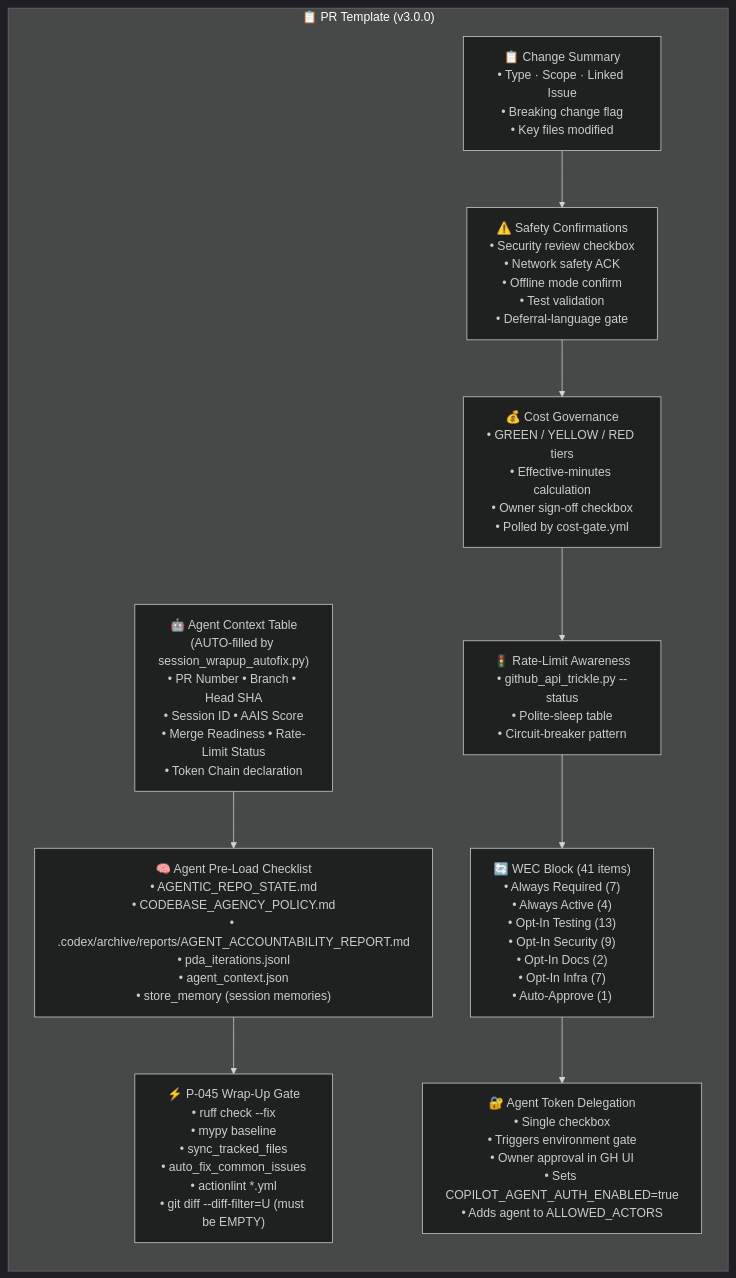
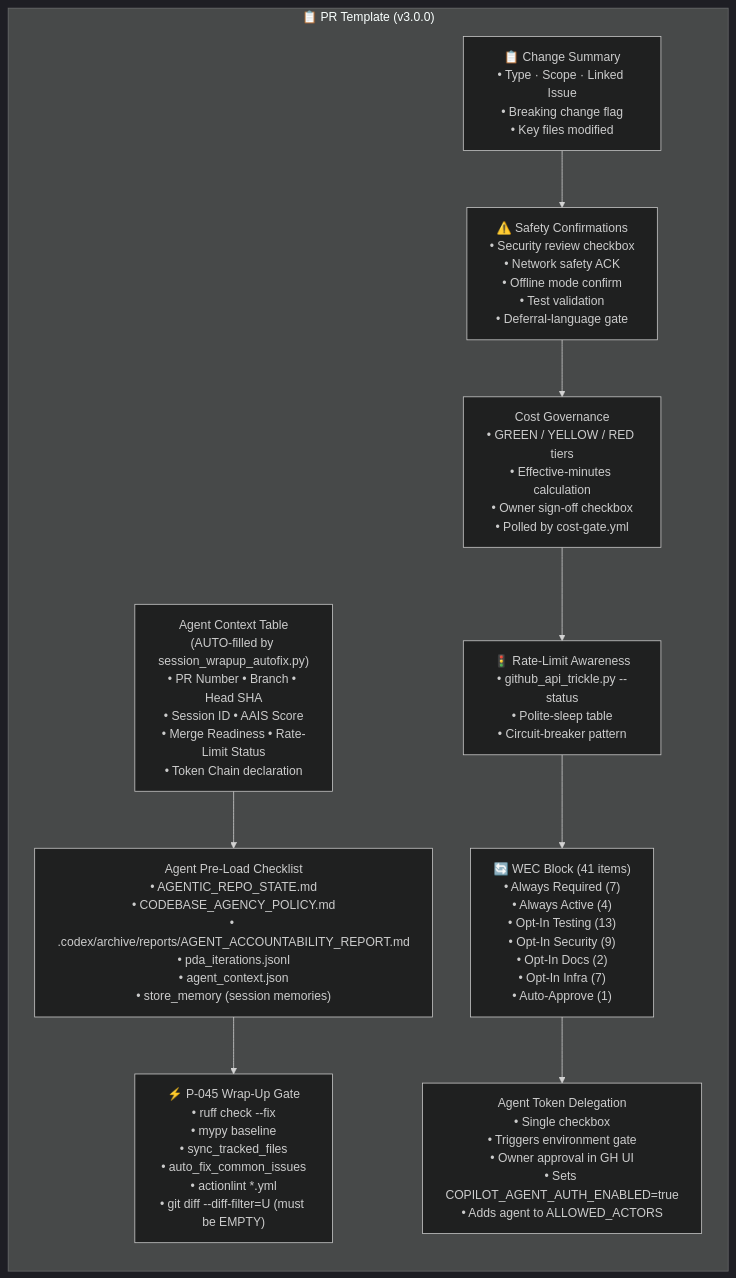
Before and after one commit to Aries-Serpent/_codex_: the third of 12 diagrams in docs/plans/AUTONOMOUS_PRIVILEGE_ARCHITECTURE.md, drawn with Mermaid (dark theme). The commit also changed other lines of this file and 2029 other files, not shown here.

````diff
--- a/docs/plans/AUTONOMOUS_PRIVILEGE_ARCHITECTURE.md
+++ b/docs/plans/AUTONOMOUS_PRIVILEGE_ARCHITECTURE.md
@@ -110,18 +112,18 @@
 ```mermaid
-%%{init: {'accessibility': {'title': 'Flowchart showing "📋 PR Template (v3.0.0)", "🤖 Agent Context Table\n(AUTO-filled by session_wrapup_autofix.py)\n• PR Number • Branch • Head SHA\n• Session ID • AAIS Score\n• Merge Readiness • Rate-Limit Status\n• Token Chain declaration"'}}%%
+%%{init: {'accessibility': {'title': 'Flowchart showing "📋 PR Template (v3.0.0)", " Agent Context Table\n(AUTO-filled by session_wrapup_autofix.py)\n• PR Number • Branch • Head SHA\n• Session ID • AAIS Score\n• Merge Readiness • Rate-Limit Status\n• Token Chain declaration"'}}%%
 graph LR
     subgraph TEMPLATE["📋 PR Template (v3.0.0)"]
-        META["🤖 Agent Context Table\n(AUTO-filled by session_wrapup_autofix.py)\n• PR Number • Branch • Head SHA\n• Session ID • AAIS Score\n• Merge Readiness • Rate-Limit Status\n• Token Chain declaration"]
-        PRE["🧠 Agent Pre-Load Checklist\n• AGENTIC_REPO_STATE.md\n• CODEBASE_AGENCY_POLICY.md\n• .codex/archive/reports/AGENT_ACCOUNTABILITY_REPORT.md\n• pda_iterations.jsonl\n• agent_context.json\n• store_memory (session memories)"]
+        META[" Agent Context Table\n(AUTO-filled by session_wrapup_autofix.py)\n• PR Number • Branch • Head SHA\n• Session ID • AAIS Score\n• Merge Readiness • Rate-Limit Status\n• Token Chain declaration"]
+        PRE[" Agent Pre-Load Checklist\n• AGENTIC_REPO_STATE.md\n• CODEBASE_AGENCY_POLICY.md\n• .codex/archive/reports/AGENT_ACCOUNTABILITY_REPORT.md\n• pda_iterations.jsonl\n• agent_context.json\n• store_memory (session memories)"]
         P045["⚡ P-045 Wrap-Up Gate\n• ruff check --fix\n• mypy baseline\n• sync_tracked_files\n• auto_fix_common_issues\n• actionlint *.yml\n• git diff --diff-filter=U (must be EMPTY)"]
         CHANGE["📋 Change Summary\n• Type · Scope · Linked Issue\n• Breaking change flag\n• Key files modified"]
         SAFETY["⚠️ Safety Confirmations\n• Security review checkbox\n• Network safety ACK\n• Offline mode confirm\n• Test validation\n• Deferral-language gate"]
-        COST["💰 Cost Governance\n• GREEN / YELLOW / RED tiers\n• Effective-minutes calculation\n• Owner sign-off checkbox\n• Polled by cost-gate.yml"]
+        COST[" Cost Governance\n• GREEN / YELLOW / RED tiers\n• Effective-minutes calculation\n• Owner sign-off checkbox\n• Polled by cost-gate.yml"]
         RATELIMIT["🚦 Rate-Limit Awareness\n• github_api_trickle.py --status\n• Polite-sleep table\n• Circuit-breaker pattern"]
         WEC_BLOCK["🔄 WEC Block (41 items)\n• Always Required (7)\n• Always Active (4)\n• Opt-In Testing (13)\n• Opt-In Security (9)\n• Opt-In Docs (2)\n• Opt-In Infra (7)\n• Auto-Approve (1)"]
-        DELEGATION["🔐 Agent Token Delegation\n• Single checkbox\n• Triggers environment gate\n• Owner approval in GH UI\n• Sets COPILOT_AGENT_AUTH_ENABLED=true\n• Adds agent to ALLOWED_ACTORS"]
+        DELEGATION[" Agent Token Delegation\n• Single checkbox\n• Triggers environment gate\n• Owner approval in GH UI\n• Sets COPILOT_AGENT_AUTH_ENABLED=true\n• Adds agent to ALLOWED_ACTORS"]
     end
 
     META --> PRE --> P045
     CHANGE --> SAFETY --> COST --> RATELIMIT --> WEC_BLOCK --> DELEGATION
 ```
````
